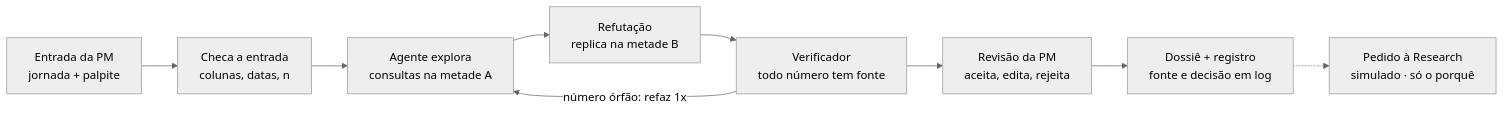
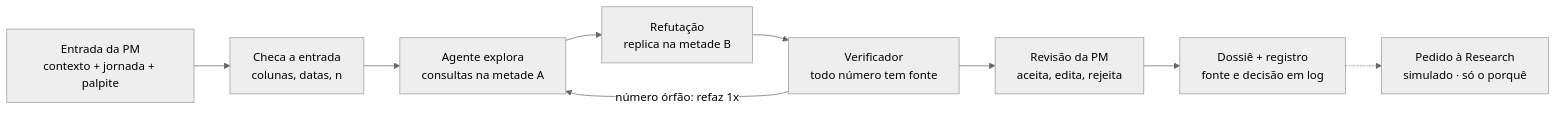
Before and after one commit to MaduMts/hacka-itau-grupo13: the diagram in README.md, drawn with Mermaid (neutral theme). The commit also changed other lines of this file, not shown here.

````diff
--- a/README.md
+++ b/README.md
@@ -21,11 +25,11 @@
 ```mermaid
 flowchart LR
-    A[Entrada da PM<br/>jornada + palpite] --> B[Checa a entrada<br/>colunas, datas, n]
+    A[Entrada da PM<br/>contexto + jornada + palpite] --> B[Checa a entrada<br/>colunas, datas, n]
     B --> C[Agente explora<br/>consultas na metade A]
     C --> D[Refutação<br/>replica na metade B]
     D --> E[Verificador<br/>todo número tem fonte]
     E --> F[Revisão da PM<br/>aceita, edita, rejeita]
     F --> G[Dossiê + registro<br/>fonte e decisão em log]
     G -.-> H[Pedido à Research<br/>simulado · só o porquê]
     E -- número órfão: refaz 1x --> C
 ```
````
